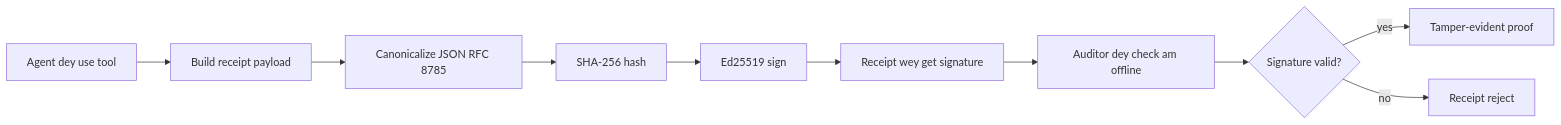
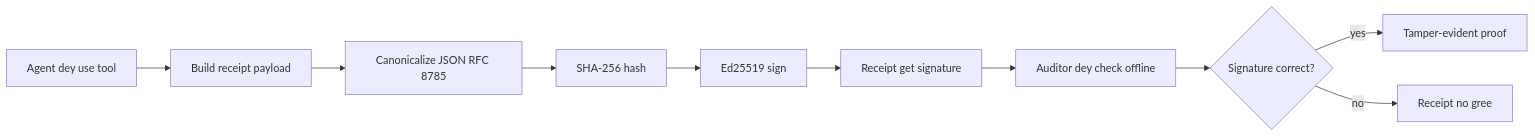
The first of 2 diagrams in translations/pcm/18-securing-ai-agents/README.md (microsoft/ai-agents-for-beginners), drawn with Mermaid before and after one commit. The commit also changed other lines of this file and 219 other files, not shown here.

````diff
--- a/translations/pcm/18-securing-ai-agents/README.md
+++ b/translations/pcm/18-securing-ai-agents/README.md
@@ -51,12 +51,12 @@
 ```mermaid
 flowchart LR
     A[Agent dey use tool] --> B[Build receipt payload]
     B --> C[Canonicalize JSON RFC 8785]
     C --> D[SHA-256 hash]
     D --> E[Ed25519 sign]
-    E --> F[Receipt wey get signature]
-    F --> G[Auditor dey check am offline]
-    G --> H{Signature valid?}
+    E --> F[Receipt get signature]
+    F --> G[Auditor dey check offline]
+    G --> H{Signature correct?}
     H -- yes --> I[Tamper-evident proof]
-    H -- no --> J[Receipt reject]
+    H -- no --> J[Receipt no gree]
 ```
````
